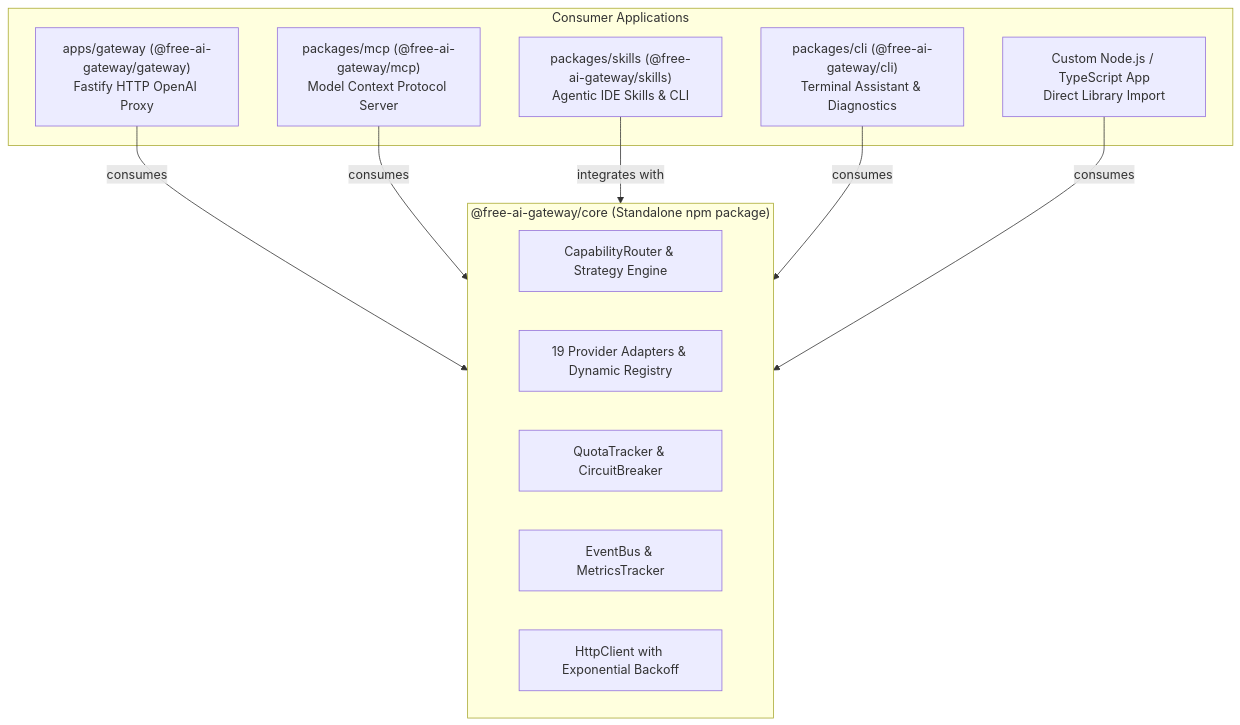
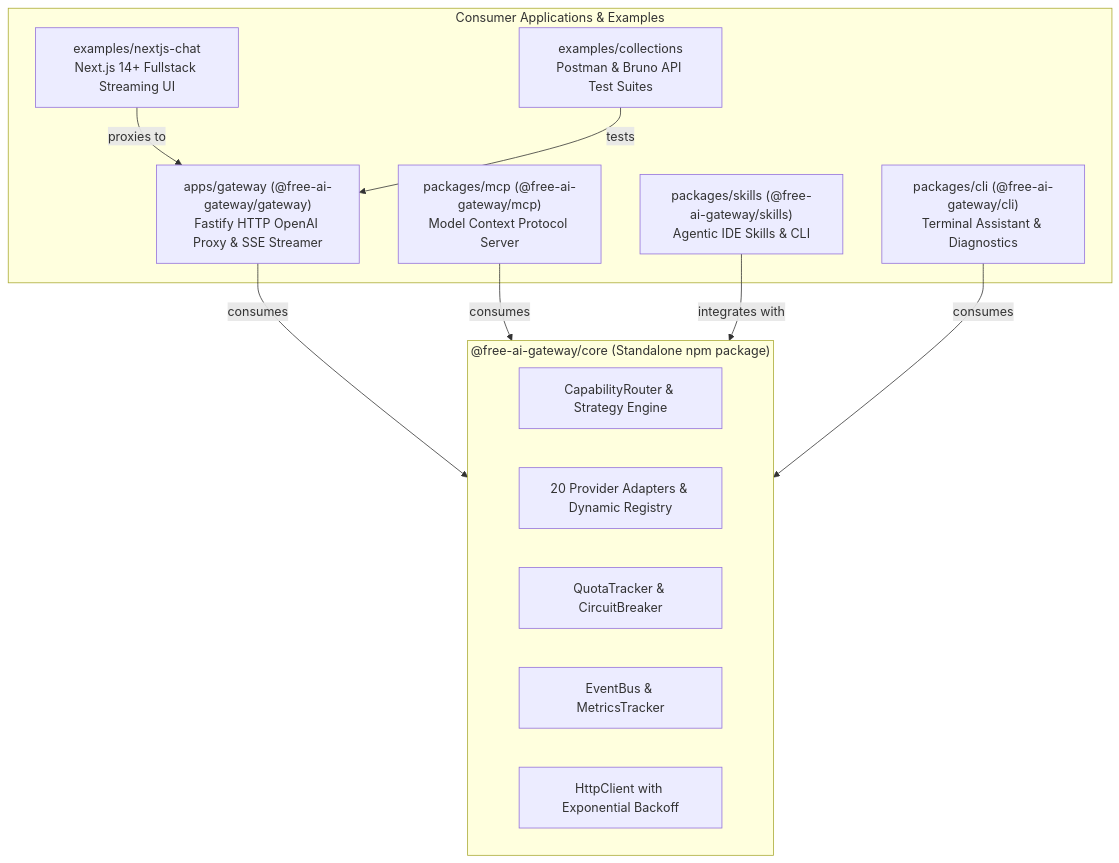
The diagram in README.md (zaber-dev/free-ai-gateway), drawn with Mermaid before and after one commit. The commit also changed other lines of this file and 11 other files, not shown here.

Commit message:
chore(audit): export OllamaAdapter in core index, update capabilities, documentation, test assertions, and env template

````diff
--- a/README.md
+++ b/README.md
@@ -27,24 +27,26 @@
 ```mermaid
 flowchart TD
     subgraph CoreLayer ["@free-ai-gateway/core (Standalone npm package)"]
         Router["CapabilityRouter & Strategy Engine"]
-        Providers["19 Provider Adapters & Dynamic Registry"]
+        Providers["20 Provider Adapters & Dynamic Registry"]
         Resilience["QuotaTracker & CircuitBreaker"]
         Observability["EventBus & MetricsTracker"]
         Transport["HttpClient with Exponential Backoff"]
     end
 
-    subgraph Consumers ["Consumer Applications"]
-        GatewayApp["apps/gateway (@free-ai-gateway/gateway)<br/>Fastify HTTP OpenAI Proxy"]
+    subgraph Consumers ["Consumer Applications & Examples"]
+        GatewayApp["apps/gateway (@free-ai-gateway/gateway)<br/>Fastify HTTP OpenAI Proxy & SSE Streamer"]
         McpApp["packages/mcp (@free-ai-gateway/mcp)<br/>Model Context Protocol Server"]
         SkillsPkg["packages/skills (@free-ai-gateway/skills)<br/>Agentic IDE Skills & CLI"]
         CliApp["packages/cli (@free-ai-gateway/cli)<br/>Terminal Assistant & Diagnostics"]
-        ClientApp["Custom Node.js / TypeScript App<br/>Direct Library Import"]
+        NextApp["examples/nextjs-chat<br/>Next.js 14+ Fullstack Streaming UI"]
+        Collections["examples/collections<br/>Postman & Bruno API Test Suites"]
     end
 
     GatewayApp -->|consumes| CoreLayer
     McpApp -->|consumes| CoreLayer
     SkillsPkg -->|integrates with| CoreLayer
     CliApp -->|consumes| CoreLayer
-    ClientApp -->|consumes| CoreLayer
+    NextApp -->|proxies to| GatewayApp
+    Collections -->|tests| GatewayApp
 ```
````
